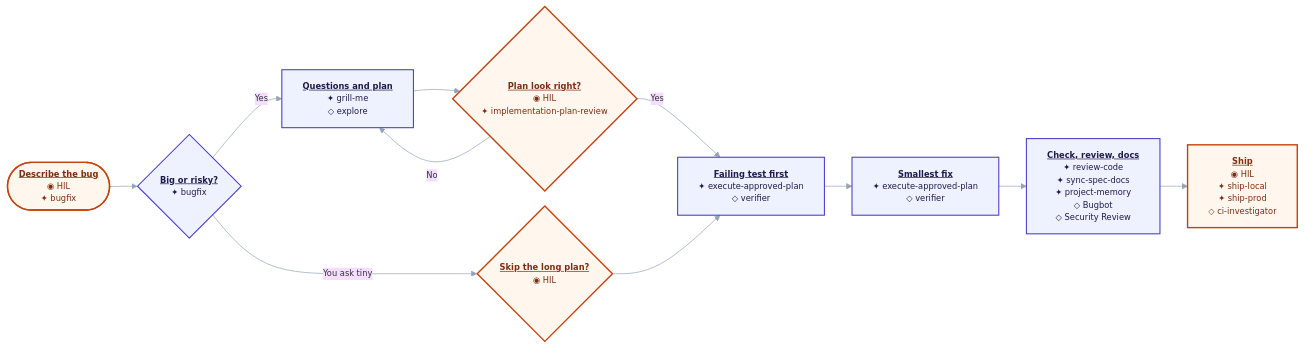
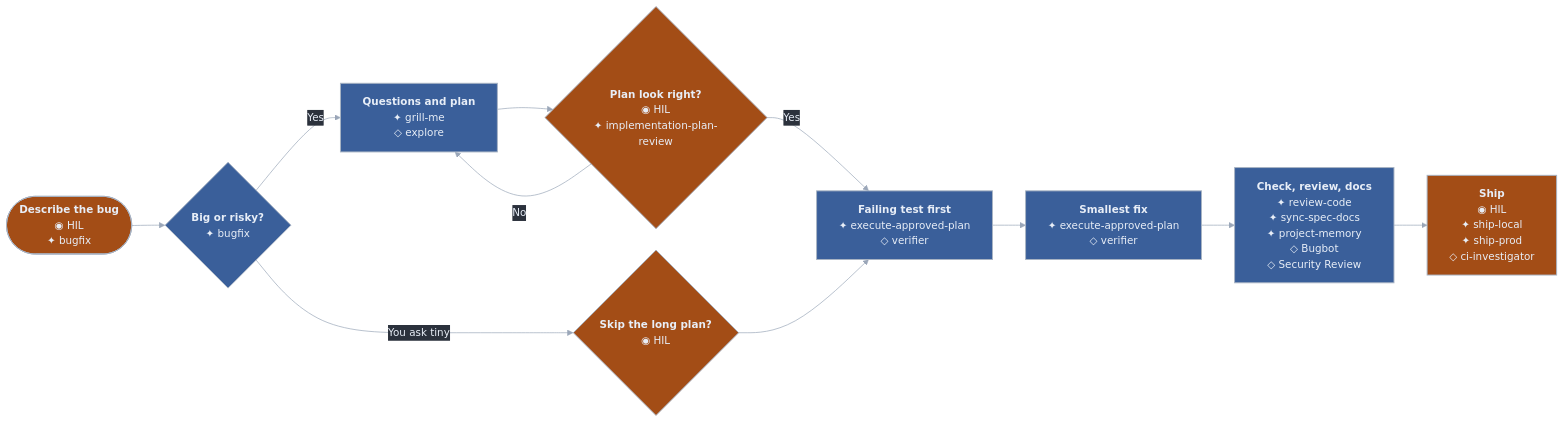
The sixth of 14 diagrams in README.md (RaphaelBecker/cursor-harness), drawn with Mermaid before and after one commit. The commit also changed other lines of this file and 12 other files, not shown here.

````diff
--- a/README.md
+++ b/README.md
@@ -346,26 +348,26 @@
 ```mermaid
-%%{init: {"theme":"base","themeVariables":{"fontFamily":"ui-sans-serif,system-ui,sans-serif","fontSize":"12px","lineColor":"#94a3b8"},"flowchart":{"curve":"basis","htmlLabels":true,"nodeSpacing":22,"rankSpacing":40}}}%%
+%%{init: {"theme":"base","themeVariables":{"darkMode":true,"fontFamily":"ui-sans-serif, system-ui, -apple-system, Segoe UI, sans-serif","fontSize":"15px","background":"#2B313C","lineColor":"#9AA6B8","textColor":"#9AA6B8","primaryTextColor":"#E8EEF7","edgeLabelBackground":"#2B313C"},"flowchart":{"curve":"basis","htmlLabels":true,"nodeSpacing":31,"rankSpacing":48,"padding":16,"useMaxWidth":true}}}%%
 flowchart LR
-  A(["<b><u>Describe the bug</u></b><br/>◉ HIL<br/>✦ bugfix"])
-  B{"<b><u>Big or risky?</u></b><br/>✦ bugfix"}
-  C["<b><u>Questions and plan</u></b><br/>✦ grill-me<br/>◇ explore"]
-  D{"<b><u>Plan look right?</u></b><br/>◉ HIL<br/>✦ implementation-plan-review"}
-  T{"<b><u>Skip the long plan?</u></b><br/>◉ HIL"}
-  E["<b><u>Failing test first</u></b><br/>✦ execute-approved-plan<br/>◇ verifier"]
-  F["<b><u>Smallest fix</u></b><br/>✦ execute-approved-plan<br/>◇ verifier"]
-  G["<b><u>Check, review, docs</u></b><br/>✦ review-code<br/>✦ sync-spec-docs<br/>✦ project-memory<br/>◇ Bugbot<br/>◇ Security Review"]
-  H["<b><u>Ship</u></b><br/>◉ HIL<br/>✦ ship-local<br/>✦ ship-prod<br/>◇ ci-investigator"]
+  A(["<b>Describe the bug</b><br/>◉ HIL<br/>✦ bugfix"])
+  B{"<b>Big or risky?</b><br/>✦ bugfix"}
+  C["<b>Questions and plan</b><br/>✦ grill-me<br/>◇ explore"]
+  D{"<b>Plan look right?</b><br/>◉ HIL<br/>✦ implementation-plan-review"}
+  T{"<b>Skip the long plan?</b><br/>◉ HIL"}
+  E["<b>Failing test first</b><br/>✦ execute-approved-plan<br/>◇ verifier"]
+  F["<b>Smallest fix</b><br/>✦ execute-approved-plan<br/>◇ verifier"]
+  G["<b>Check, review, docs</b><br/>✦ review-code<br/>✦ sync-spec-docs<br/>✦ project-memory<br/>◇ Bugbot<br/>◇ Security Review"]
+  H["<b>Ship</b><br/>◉ HIL<br/>✦ ship-local<br/>✦ ship-prod<br/>◇ ci-investigator"]
 
   A --> B
   B -->|Yes| C --> D
   D -->|No| C
   D -->|Yes| E
   B -->|You ask tiny| T --> E
   E --> F --> G --> H
 
-  classDef skill fill:#eef2ff,stroke:#4338ca,stroke-width:1.5px,color:#1e1b4b
-  classDef hil fill:#fff7ed,stroke:#c2410c,stroke-width:2px,color:#7c2d12
-  classDef done fill:#ecfdf5,stroke:#047857,stroke-width:1.5px,color:#064e3b
+  classDef skill fill:#3A5F9A,stroke:#A8B4C4,stroke-width:1.4px,color:#E8EEF7
+  classDef hil fill:#A34D16,stroke:#A8B4C4,stroke-width:1.4px,color:#E8EEF7
+  classDef done fill:#2A6B5C,stroke:#A8B4C4,stroke-width:1.4px,color:#E8EEF7
   class A,D,T,H hil
   class B,C,E,F,G skill
 ```
````
